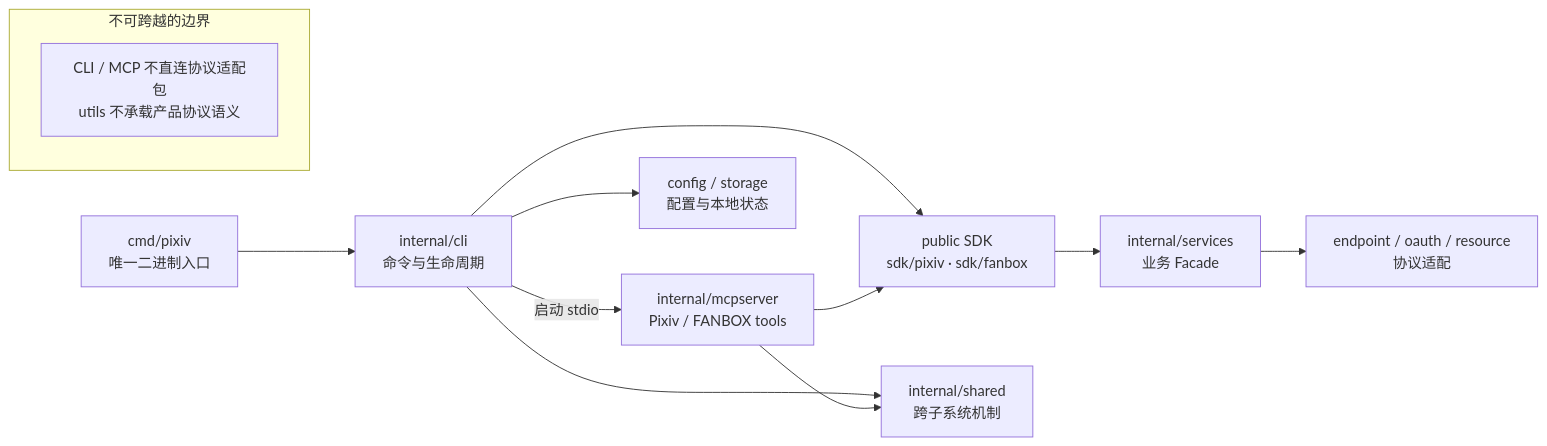
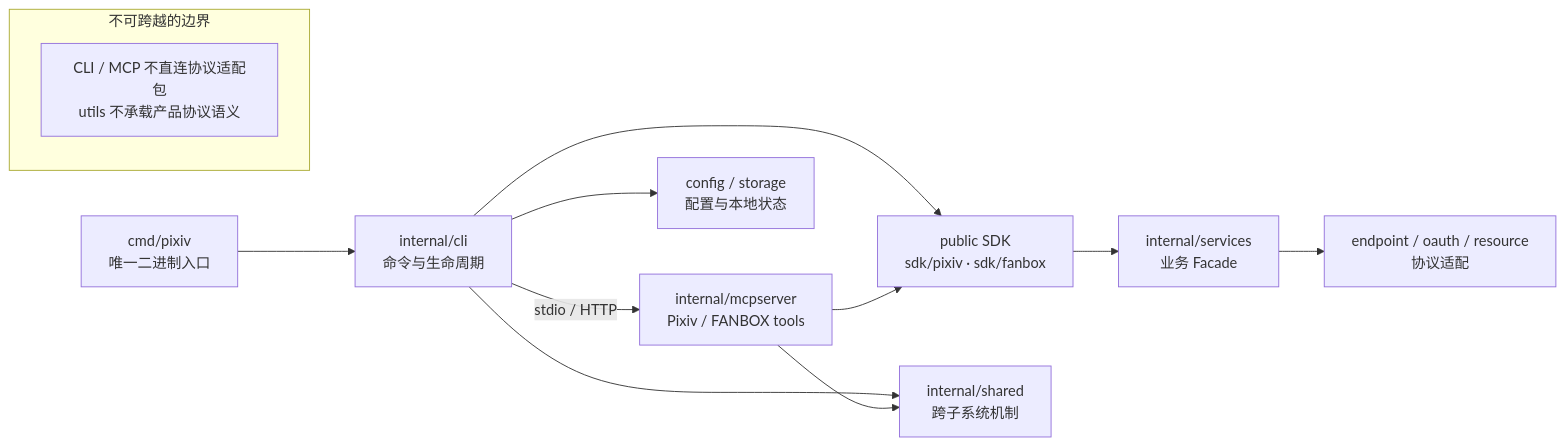
One commit to FlanChanXwO/pixiv-cli changed the diagram in docs/zh-CN/maintainers/architecture.md. Above: the diagram before and after it, drawn with Mermaid. The commit also changed other lines of this file and 282 other files, not shown here.

First line of the commit message:
feat(mcp): unify stdio and authenticated HTTP with protected media (#146)

````diff
--- a/docs/zh-CN/maintainers/architecture.md
+++ b/docs/zh-CN/maintainers/architecture.md
@@ -5,16 +5,16 @@
 ```mermaid
 flowchart LR
     ENTRY["cmd/pixiv<br/>唯一二进制入口"] --> CLI["internal/cli<br/>命令与生命周期"]
-    CLI -->|"启动 stdio"| MCP["internal/mcpserver<br/>Pixiv / FANBOX tools"]
+    CLI -->|"stdio / HTTP"| MCP["internal/mcpserver<br/>Pixiv / FANBOX tools"]
     CLI --> SDK["public SDK<br/>sdk/pixiv · sdk/fanbox"]
     MCP --> SDK
     SDK --> FACADE["internal/services<br/>业务 Facade"]
     FACADE --> ADAPTER["endpoint / oauth / resource<br/>协议适配"]
     CLI --> SHARED["internal/shared<br/>跨子系统机制"]
     MCP --> SHARED
     CLI --> STATE["config / storage<br/>配置与本地状态"]
 
     subgraph boundary["不可跨越的边界"]
         RULE["CLI / MCP 不直连协议适配包<br/>utils 不承载产品协议语义"]
     end
 ```
````
